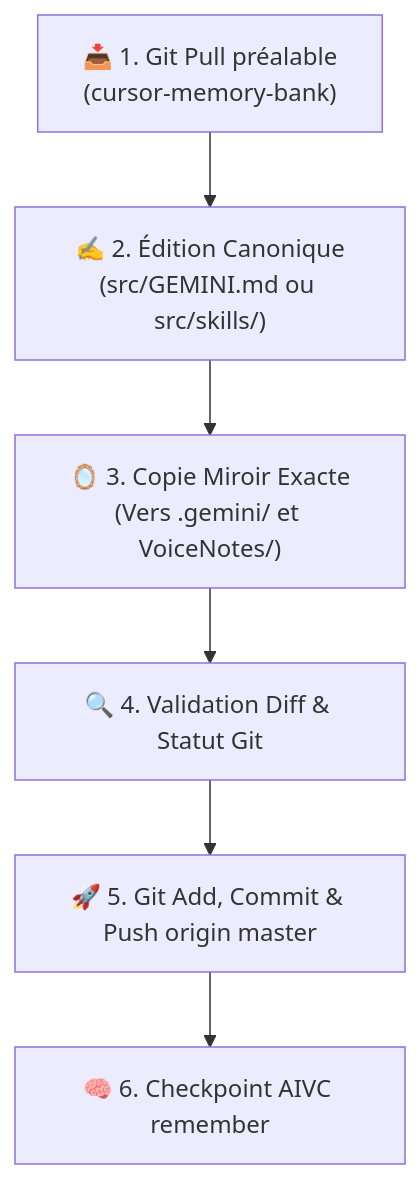
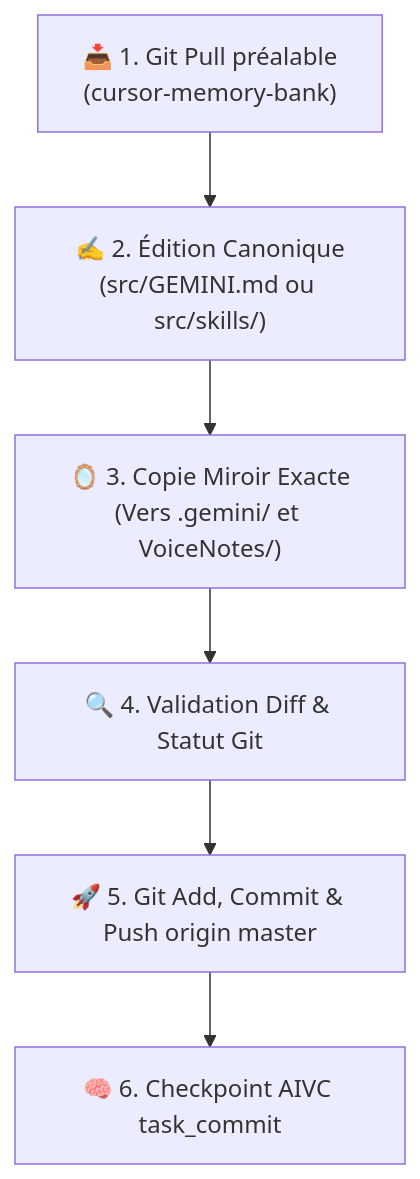
The third of 3 diagrams in src/skills/learn/SKILL.md (hjamet/cursor-memory-bank), drawn with Mermaid before and after one commit. The commit also changed other lines of this file and 435 other files, not shown here.

Commit message:
feat(aivc): align project_memory_cli on project_sync, task_commit rename & update .agents mirror

````diff
--- a/src/skills/learn/SKILL.md
+++ b/src/skills/learn/SKILL.md
@@ -123,8 +123,8 @@
 ```mermaid
 flowchart TD
     P1["📥 1. Git Pull préalable<br/>(cursor-memory-bank)"] --> P2["✍️ 2. Édition Canonique<br/>(src/GEMINI.md ou src/skills/)"]
     P2 --> P3["🪞 3. Copie Miroir Exacte<br/>(Vers .gemini/ et VoiceNotes/)"]
     P3 --> P4["🔍 4. Validation Diff & Statut Git"]
     P4 --> P5["🚀 5. Git Add, Commit & Push origin master"]
-    P5 --> P6["🧠 6. Checkpoint AIVC remember"]
+    P5 --> P6["🧠 6. Checkpoint AIVC task_commit"]
 ```
````
